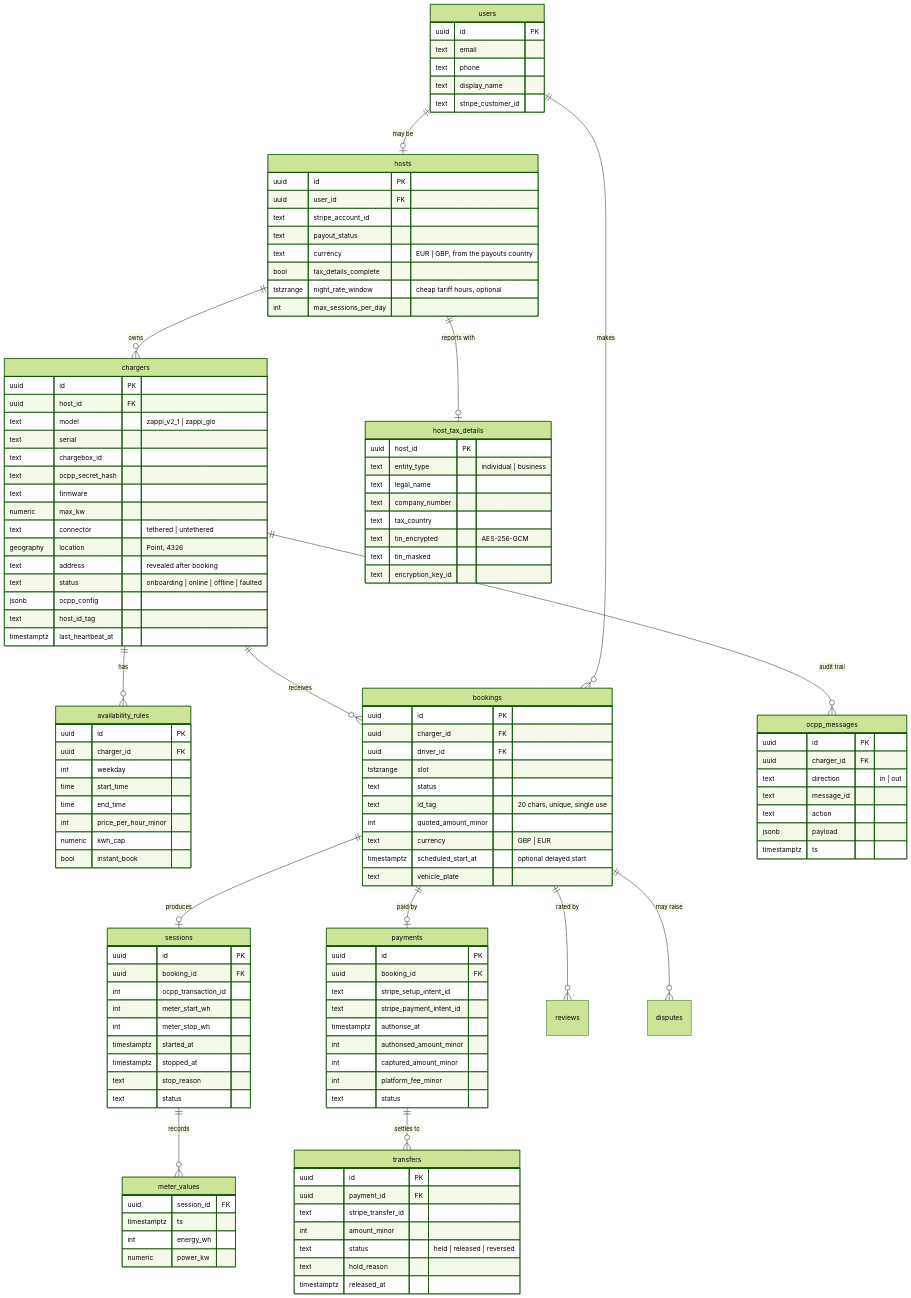
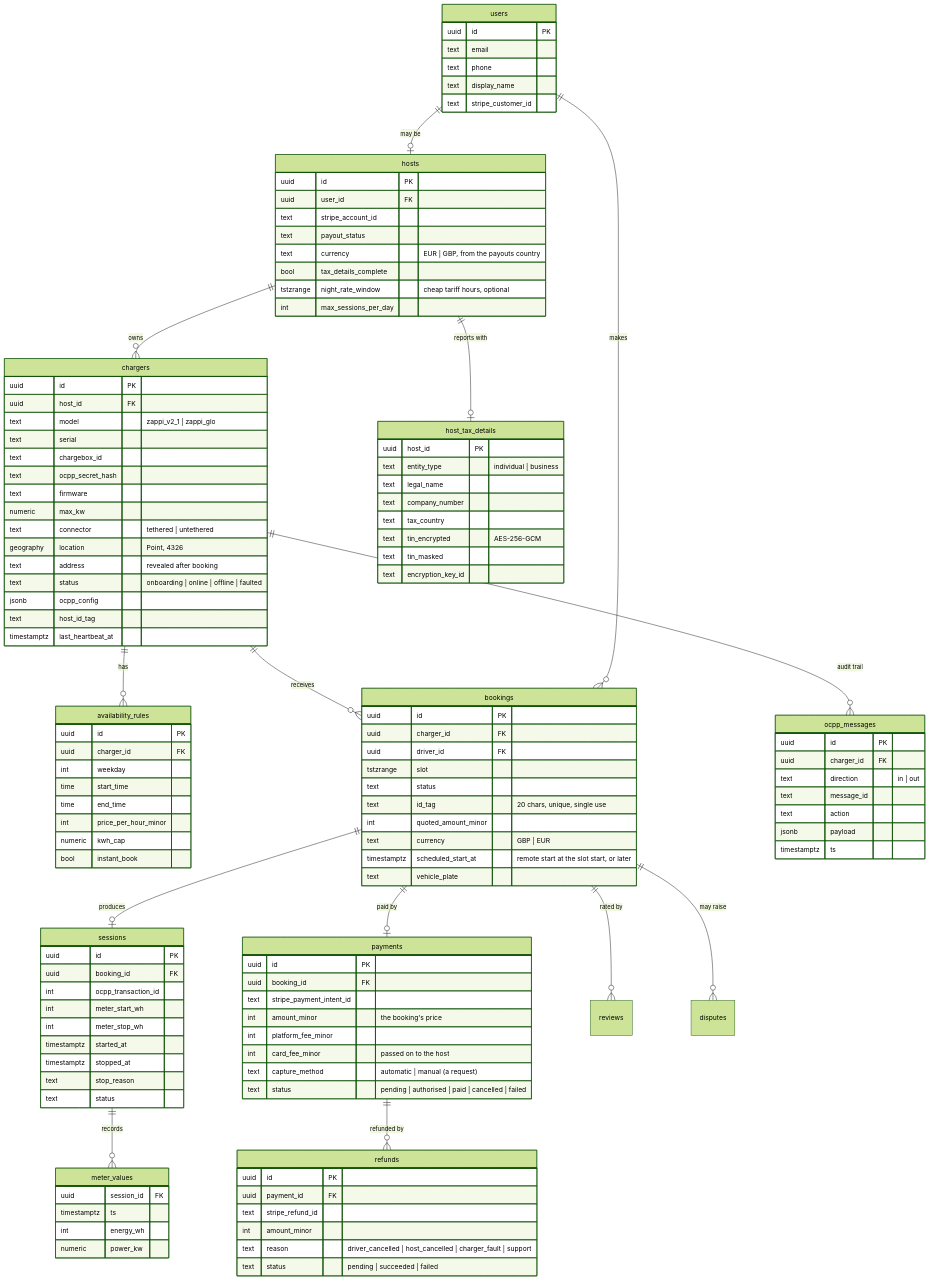
One commit to sprintengine/nd changed the second of 5 diagrams in docs/ARCHITECTURE.md. Above: the diagram before and after it, drawn with Mermaid (forest theme). The commit also changed other lines of this file and 5 other files, not shown here.

````diff
--- a/docs/ARCHITECTURE.md
+++ b/docs/ARCHITECTURE.md
@@ -94,7 +94,7 @@
   sessions ||--o{ meter_values : records
   chargers ||--o{ ocpp_messages : "audit trail"
   bookings ||--o| payments : "paid by"
-  payments ||--o{ transfers : "settles to"
+  payments ||--o{ refunds : "refunded by"
   bookings ||--o{ reviews : "rated by"
   bookings ||--o{ disputes : "may raise"
 
@@ -161,7 +161,7 @@
     text id_tag "20 chars, unique, single use"
     int quoted_amount_minor
     text currency "GBP | EUR"
-    timestamptz scheduled_start_at "optional delayed start"
+    timestamptz scheduled_start_at "remote start at the slot start, or later"
     text vehicle_plate
   }
   sessions {
@@ -193,21 +193,19 @@
   payments {
     uuid id PK
     uuid booking_id FK
-    text stripe_setup_intent_id
     text stripe_payment_intent_id
-    timestamptz authorise_at
-    int authorised_amount_minor
-    int captured_amount_minor
+    int amount_minor "the booking's price"
     int platform_fee_minor
-    text status
+    int card_fee_minor "passed on to the host"
+    text capture_method "automatic | manual (a request)"
+    text status "pending | authorised | paid | cancelled | failed"
   }
-  transfers {
+  refunds {
     uuid id PK
     uuid payment_id FK
-    text stripe_transfer_id
+    text stripe_refund_id
     int amount_minor
-    text status "held | released | reversed"
-    text hold_reason
-    timestamptz released_at
+    text reason "driver_cancelled | host_cancelled | charger_fault | support"
+    text status "pending | succeeded | failed"
   }
 ```
````
